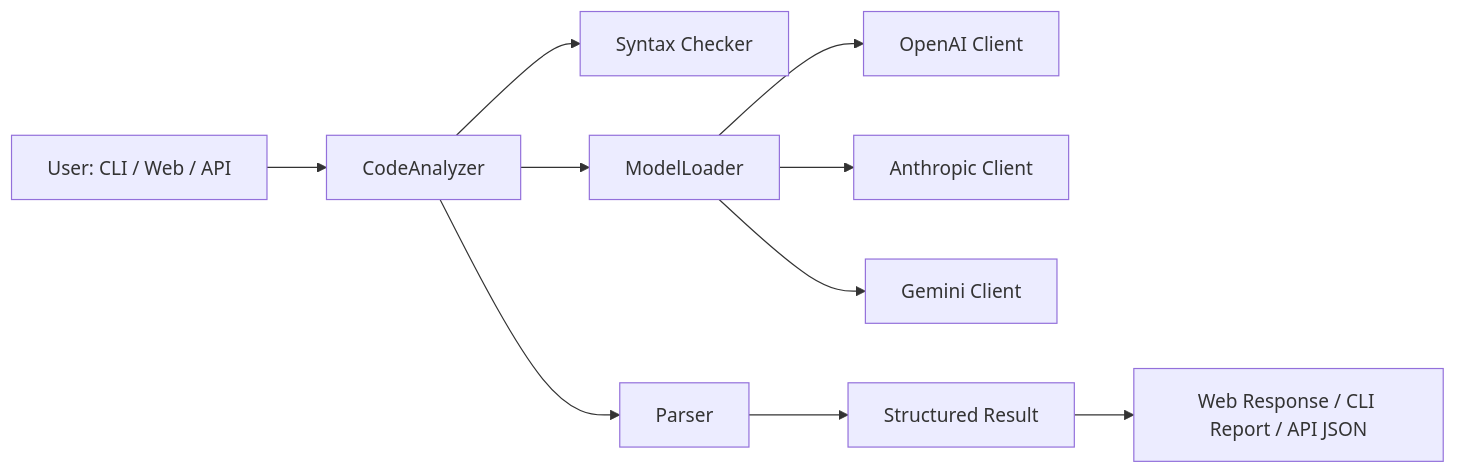
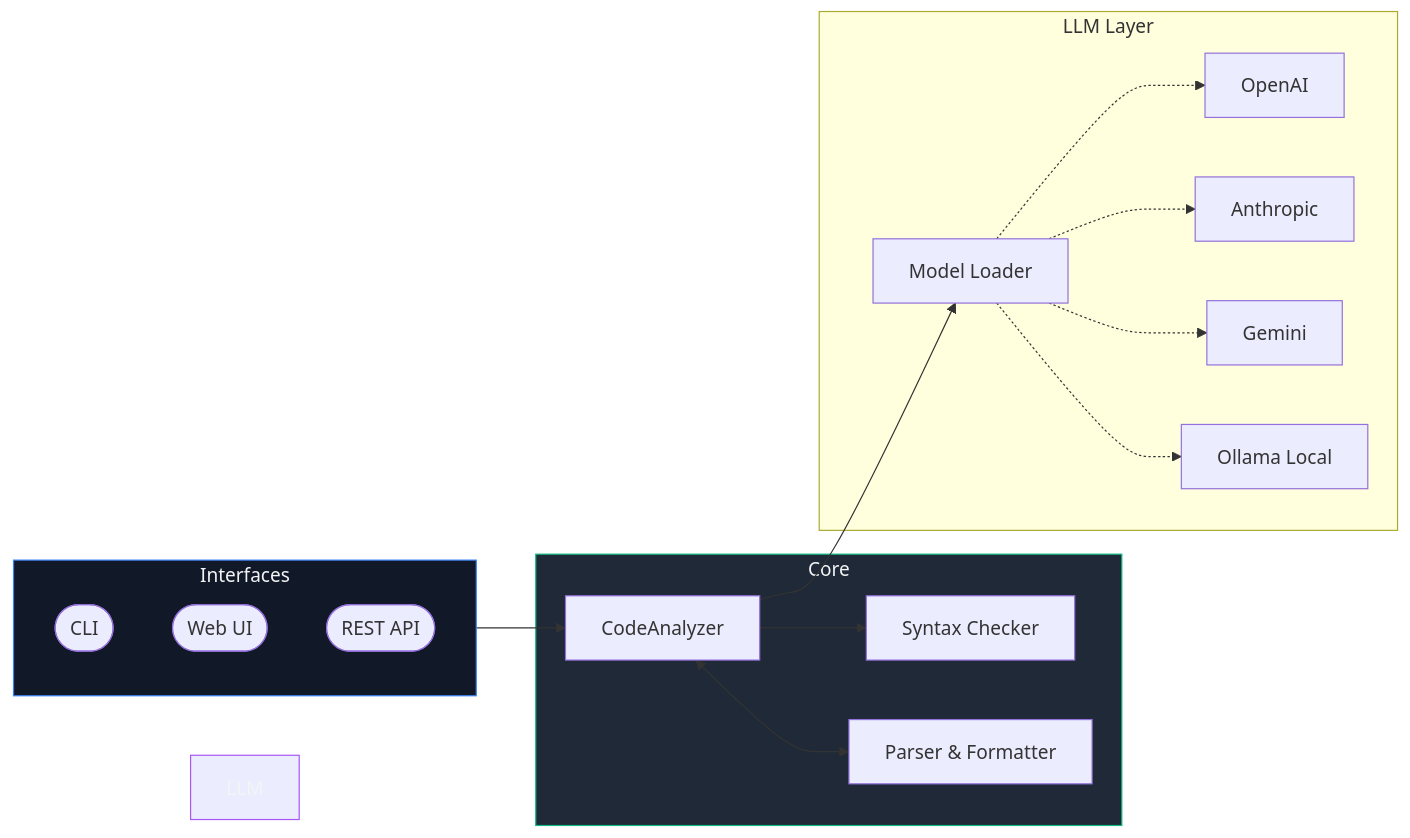
Before and after one commit to VanAnh-13/code_evaluator: the first of 2 diagrams in README.md, drawn with Mermaid. The commit also changed other lines of this file and 1 other file, not shown here.

````diff
--- a/README.md
+++ b/README.md
@@ -112,12 +62,32 @@
 ```mermaid
 flowchart LR
-    U[User: CLI / Web / API] --> A[CodeAnalyzer]
-    A --> S[Syntax Checker]
-    A --> M[ModelLoader]
-    M --> C1[OpenAI Client]
-    M --> C2[Anthropic Client]
-    M --> C3[Gemini Client]
-    A --> P[Parser]
-    P --> R[Structured Result]
-    R --> W[Web Response / CLI Report / API JSON]
+    subgraph Interfaces
+        C([CLI])
+        W([Web UI])
+        API([REST API])
+    end
+
+    subgraph Core
+        CA[CodeAnalyzer]
+        SC[Syntax Checker]
+        P[Parser & Formatter]
+    end
+
+    subgraph LLM Layer
+        ML[Model Loader]
+        O[OpenAI]
+        A[Anthropic]
+        G[Gemini]
+        OL[Ollama Local]
+    end
+
+    Interfaces --> CA
+    CA --> SC
+    CA <--> P
+    CA --> ML
+    ML -.-> O & A & G & OL
+    
+    style Interfaces fill:#111827,stroke:#3b82f6,color:#f3f4f6
+    style Core fill:#1f2937,stroke:#10b981,color:#f3f4f6
+    style LLM Layer fill:#111827,stroke:#a855f7,color:#f3f4f6
 ```
````
